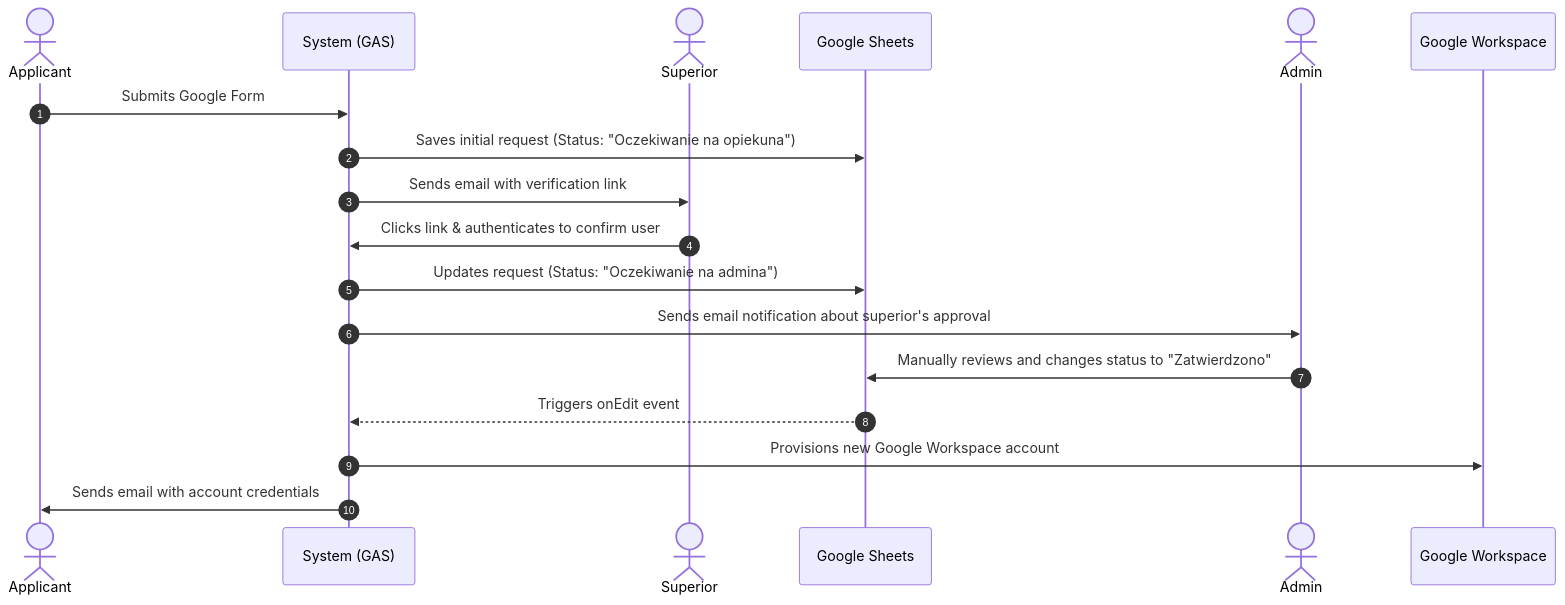
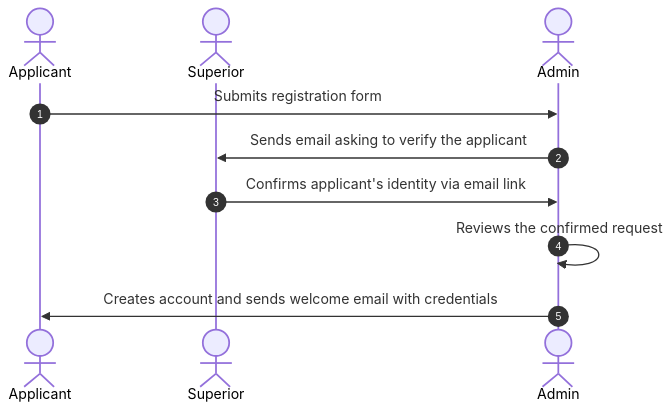
Before and after one commit to 19pdh/user-manager: the first of 3 diagrams in README.md, drawn with Mermaid. The commit also changed other lines of this file, not shown here.

First line of the commit message:
docs: Add simplified Mermaid process diagrams

````diff
--- a/README.md
+++ b/README.md
@@ -58,21 +58,13 @@
 ```mermaid
 sequenceDiagram
     autonumber
     actor Applicant
-    participant System as System (GAS)
     actor Superior
-    participant Sheet as Google Sheets
     actor Admin
-    participant Workspace as Google Workspace
 
-    Applicant->>System: Submits Google Form
-    System->>Sheet: Saves initial request (Status: "Oczekiwanie na opiekuna")
-    System->>Superior: Sends email with verification link
-    Superior->>System: Clicks link & authenticates to confirm user
-    System->>Sheet: Updates request (Status: "Oczekiwanie na admina")
-    System->>Admin: Sends email notification about superior's approval
-    Admin->>Sheet: Manually reviews and changes status to "Zatwierdzono"
-    Sheet-->>System: Triggers onEdit event
-    System->>Workspace: Provisions new Google Workspace account
-    System->>Applicant: Sends email with account credentials
+    Applicant->>Admin: Submits registration form
+    Admin->>Superior: Sends email asking to verify the applicant
+    Superior->>Admin: Confirms applicant's identity via email link
+    Admin->>Admin: Reviews the confirmed request
+    Admin->>Applicant: Creates account and sends welcome email with credentials
 ```
````
